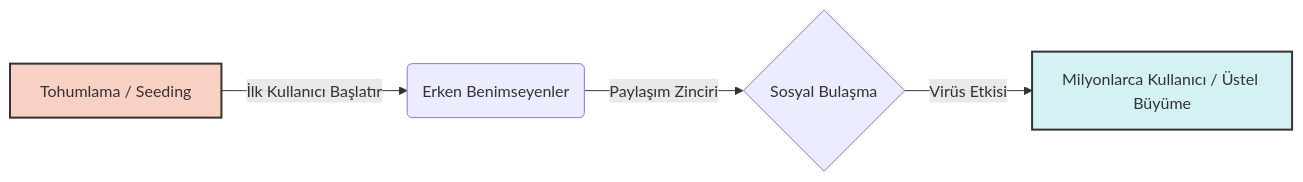
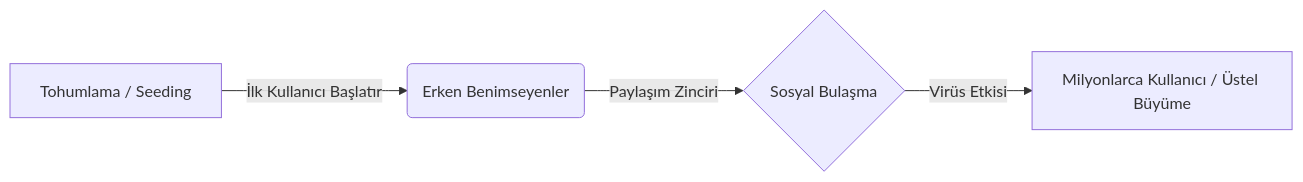
One commit to meto-data/noetic-logos changed the first of 2 diagrams in content/1-ders-notlari/2-sinif/2-2-bahar/dijital-pazarlama/Teorik Notlar/dijital-pazarlama-3.md. Above: the diagram before and after it, drawn with Mermaid. The commit also changed other lines of this file and 116 other files, not shown here.

````diff
--- a/content/1-ders-notlari/2-sinif/2-2-bahar/dijital-pazarlama/Teorik Notlar/dijital-pazarlama-3.md
+++ b/content/1-ders-notlari/2-sinif/2-2-bahar/dijital-pazarlama/Teorik Notlar/dijital-pazarlama-3.md
@@ -30,8 +30,6 @@
 ``` mermaid
 flowchart LR
     A[Tohumlama / Seeding] -->|İlk Kullanıcı Başlatır| B(Erken Benimseyenler)
     B -->|Paylaşım Zinciri| C{Sosyal Bulaşma}
     C -->|Virüs Etkisi| D[Milyonlarca Kullanıcı / Üstel Büyüme]
-    style A fill:#f9d0c4,stroke:#333,stroke-width:2px
-    style D fill:#d4f1f4,stroke:#333,stroke-width:2px
 ```
````
